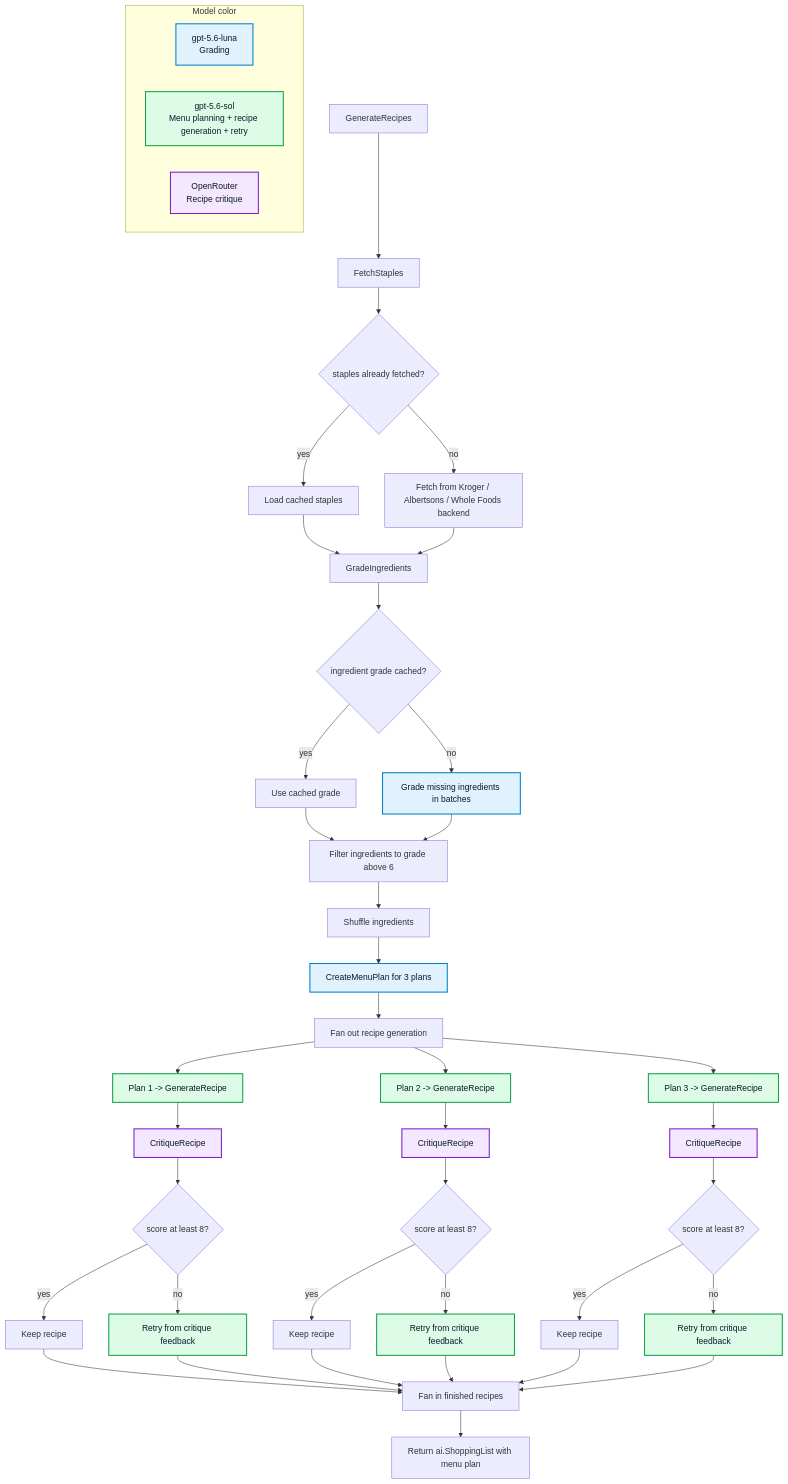
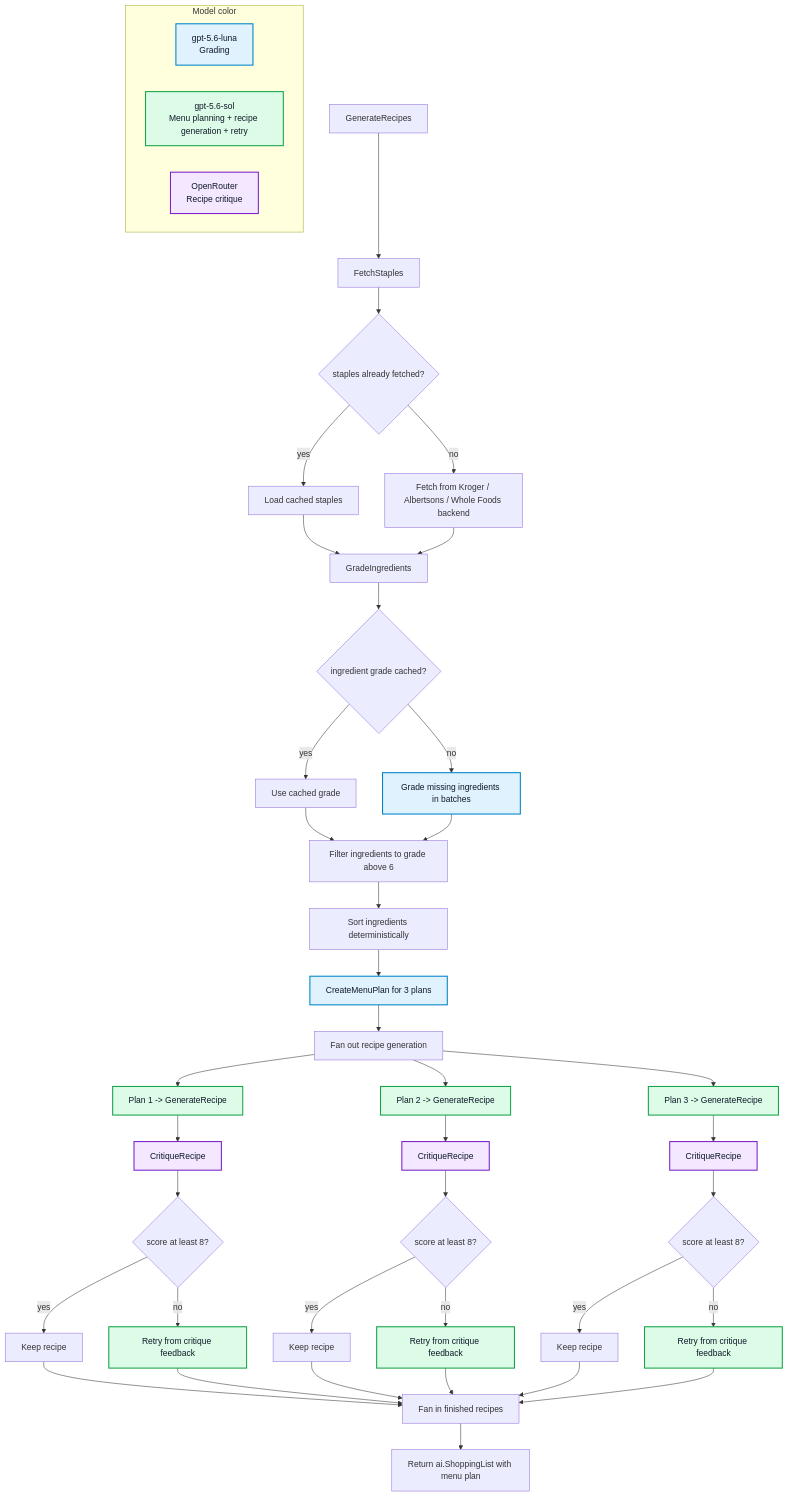
One commit to paulgmiller/careme changed the diagram in docs/recipe-generation-walkthrough.md. Above: the diagram before and after it, drawn with Mermaid. The commit also changed other lines of this file and 4 other files, not shown here.

````diff
--- a/docs/recipe-generation-walkthrough.md
+++ b/docs/recipe-generation-walkthrough.md
@@ -7,62 +7,62 @@
 ```mermaid
 flowchart TD
     subgraph Legend["Model color"]
         MiniLegend["gpt-5.6-luna<br/>Grading"]
         GPT5Legend["gpt-5.6-sol<br/>Menu planning + recipe generation + retry"]
         OpenRouterLegend["OpenRouter<br/>Recipe critique"]
     end
 
     A["GenerateRecipes"] --> B["FetchStaples"]
     B --> C{"staples already fetched?"}
     C -- "yes" --> D["Load cached staples"]
     C -- "no" --> E["Fetch from Kroger / Albertsons / Whole Foods backend"]
     E --> G["GradeIngredients"]
     D --> G
 
     G --> H{"ingredient grade cached?"}
     H -- "yes" --> I["Use cached grade"]
     H -- "no" --> J["Grade missing ingredients in batches"]
     I --> L["Filter ingredients to grade above 6"]
     J --> L
 
-    L --> M["Shuffle ingredients"]
+    L --> M["Sort ingredients deterministically"]
     M --> N["CreateMenuPlan for 3 plans"]
     N --> O["Fan out recipe generation"]
 
     O --> P1["Plan 1 -> GenerateRecipe"]
     O --> P2["Plan 2 -> GenerateRecipe"]
     O --> P3["Plan 3 -> GenerateRecipe"]
 
     P1 --> R1["CritiqueRecipe"]
     P2 --> R2["CritiqueRecipe"]
     P3 --> R3["CritiqueRecipe"]
 
     R1 --> S1{"score at least 8?"}
     R2 --> S2{"score at least 8?"}
     R3 --> S3{"score at least 8?"}
 
     S1 -- "yes" --> T1["Keep recipe"]
     S2 -- "yes" --> T2["Keep recipe"]
     S3 -- "yes" --> T3["Keep recipe"]
 
     S1 -- "no" --> U1["Retry from critique feedback"]
     S2 -- "no" --> U2["Retry from critique feedback"]
     S3 -- "no" --> U3["Retry from critique feedback"]
 
     T1 --> W["Fan in finished recipes"]
     T2 --> W
     T3 --> W
     U1 --> W
     U2 --> W
     U3 --> W
 
     W --> X["Return ai.ShoppingList with menu plan"]
 
     classDef mini fill:#e0f2fe,stroke:#0284c7,color:#0f172a,stroke-width:2px
     classDef gpt5 fill:#dcfce7,stroke:#16a34a,color:#0f172a,stroke-width:2px
     classDef openrouter fill:#f3e8ff,stroke:#7e22ce,color:#0f172a,stroke-width:2px
 
     class MiniLegend,J,N mini
     class GPT5Legend,P1,P2,P3,U1,U2,U3 gpt5
     class OpenRouterLegend,R1,R2,R3 openrouter
 ```
````
